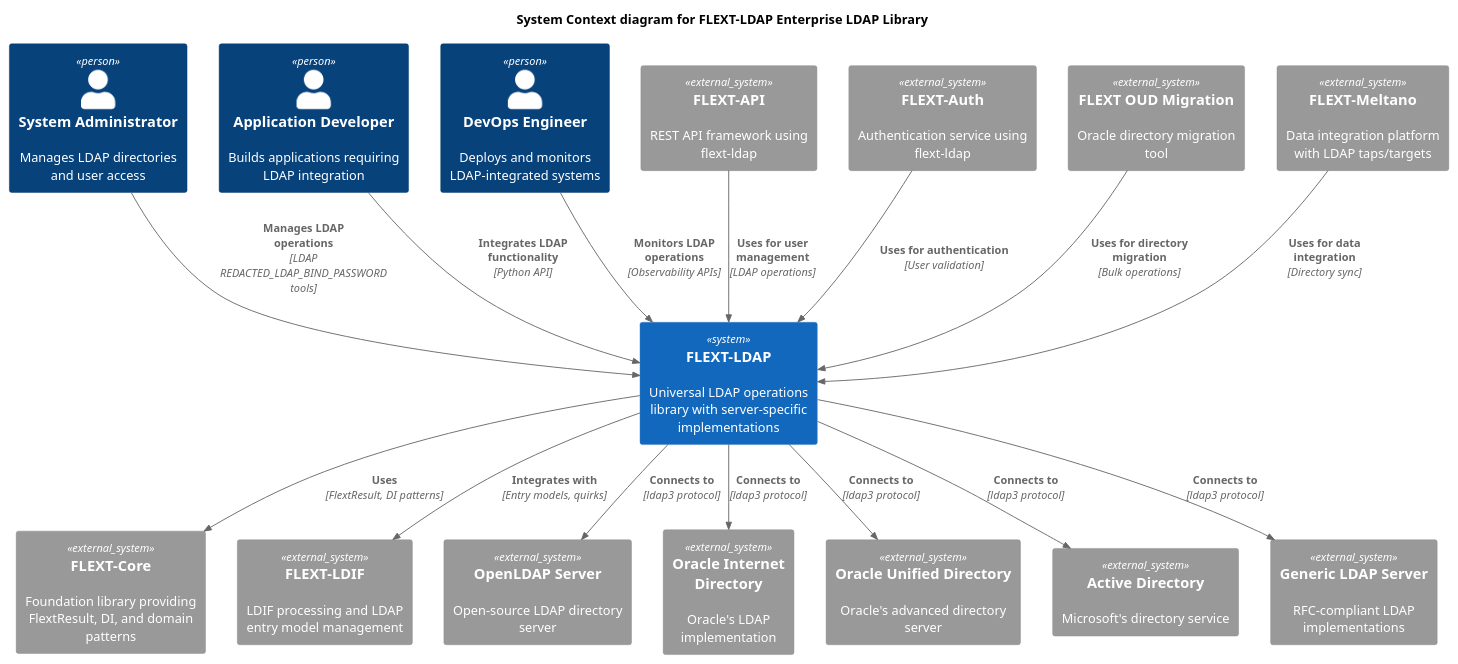
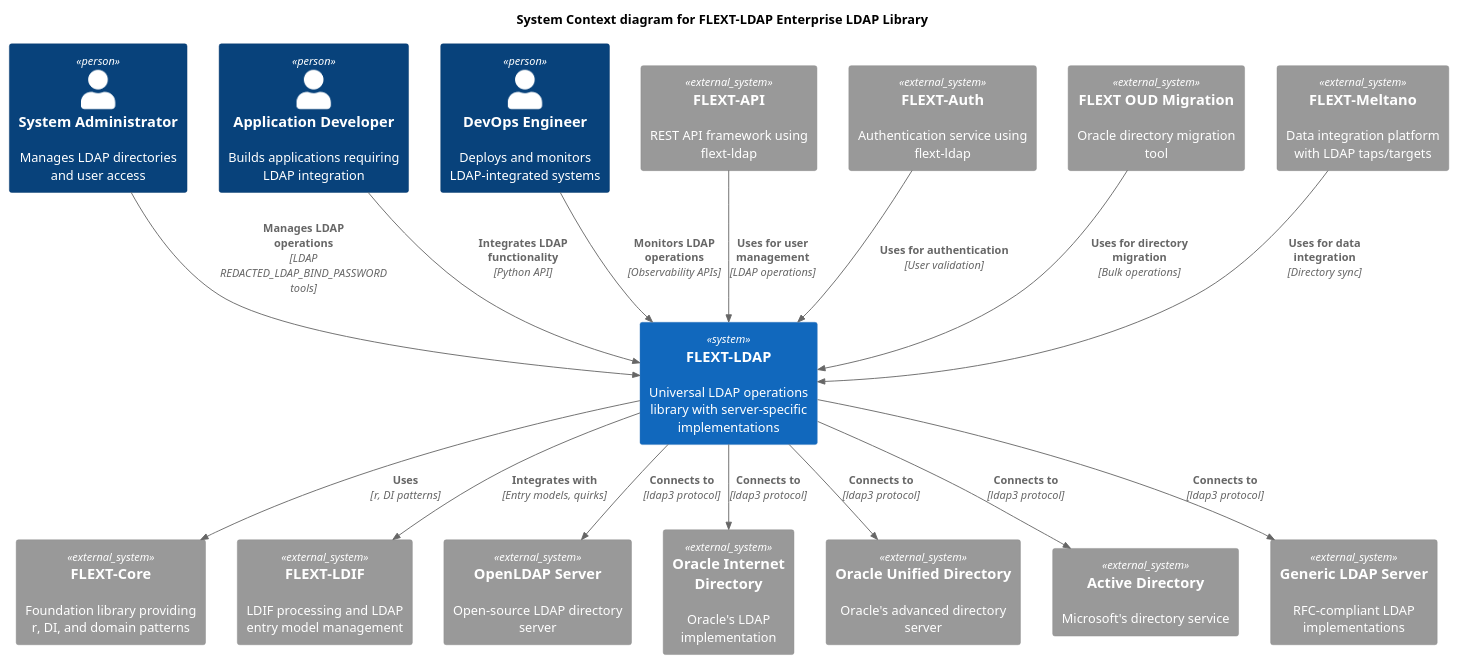
The diagram in docs/architecture/diagrams/c4-system-context.puml (flext-sh/flext-ldap), drawn with PlantUML before and after one commit. The commit also changed 37 other files, not shown here.

```diff
--- a/docs/architecture/diagrams/c4-system-context.puml
+++ b/docs/architecture/diagrams/c4-system-context.puml
@@ -1,44 +1,44 @@
 @startuml FLEXT-LDAP System Context
 !include https://raw.githubusercontent.com/plantuml-stdlib/C4-PlantUML/master/C4_Context.puml
 
 title System Context diagram for FLEXT-LDAP Enterprise LDAP Library
 
 Person(REDACTED_LDAP_BIND_PASSWORD, "System Administrator", "Manages LDAP directories and user access")
 Person(developer, "Application Developer", "Builds applications requiring LDAP integration")
 Person(operator, "DevOps Engineer", "Deploys and monitors LDAP-integrated systems")
 
 System(flext_ldap, "FLEXT-LDAP", "Universal LDAP operations library with server-specific implementations")
 
-System_Ext(flext_core, "FLEXT-Core", "Foundation library providing FlextResult, DI, and domain patterns")
+System_Ext(flext_core, "FLEXT-Core", "Foundation library providing r, DI, and domain patterns")
 System_Ext(flext_ldif, "FLEXT-LDIF", "LDIF processing and LDAP entry model management")
 
 System_Ext(openldap, "OpenLDAP Server", "Open-source LDAP directory server")
 System_Ext(oracle_oid, "Oracle Internet Directory", "Oracle's LDAP implementation")
 System_Ext(oracle_oud, "Oracle Unified Directory", "Oracle's advanced directory server")
 System_Ext(active_directory, "Active Directory", "Microsoft's directory service")
 System_Ext(generic_ldap, "Generic LDAP Server", "RFC-compliant LDAP implementations")
 
 System_Ext(flext_api, "FLEXT-API", "REST API framework using flext-ldap")
 System_Ext(flext_auth, "FLEXT-Auth", "Authentication service using flext-ldap")
 System_Ext(flext_migration, "FLEXT OUD Migration", "Oracle directory migration tool")
 System_Ext(flext_meltano, "FLEXT-Meltano", "Data integration platform with LDAP taps/targets")
 
 Rel(REDACTED_LDAP_BIND_PASSWORD, flext_ldap, "Manages LDAP operations", "LDAP REDACTED_LDAP_BIND_PASSWORD tools")
 Rel(developer, flext_ldap, "Integrates LDAP functionality", "Python API")
 Rel(operator, flext_ldap, "Monitors LDAP operations", "Observability APIs")
 
-Rel(flext_ldap, flext_core, "Uses", "FlextResult, DI patterns")
+Rel(flext_ldap, flext_core, "Uses", "r, DI patterns")
 Rel(flext_ldap, flext_ldif, "Integrates with", "Entry models, quirks")
 
 Rel(flext_ldap, openldap, "Connects to", "ldap3 protocol")
 Rel(flext_ldap, oracle_oid, "Connects to", "ldap3 protocol")
 Rel(flext_ldap, oracle_oud, "Connects to", "ldap3 protocol")
 Rel(flext_ldap, active_directory, "Connects to", "ldap3 protocol")
 Rel(flext_ldap, generic_ldap, "Connects to", "ldap3 protocol")
 
 Rel(flext_api, flext_ldap, "Uses for user management", "LDAP operations")
 Rel(flext_auth, flext_ldap, "Uses for authentication", "User validation")
 Rel(flext_migration, flext_ldap, "Uses for directory migration", "Bulk operations")
 Rel(flext_meltano, flext_ldap, "Uses for data integration", "Directory sync")
 
 @enduml
```
